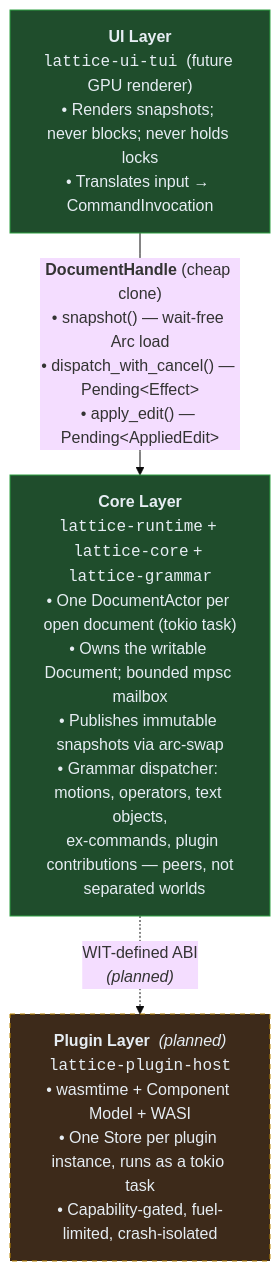
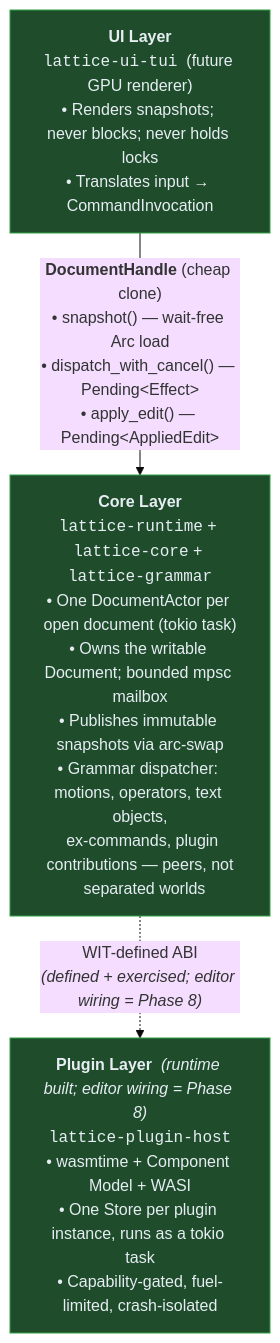
Before and after one commit to dhruvasagar/lattice: the diagram in README.md, drawn with Mermaid (base theme). The commit also changed other lines of this file and 7 other files, not shown here.

First line of the commit message:
docs: Phase 7 plugin-host documentation + Phase 8 framing

````diff
--- a/README.md
+++ b/README.md
@@ -179,16 +186,15 @@
 ```mermaid
 flowchart TD
 	UI["<b>UI Layer</b><br/><code>lattice-ui-tui</code> &nbsp;(future GPU renderer)<br/>• Renders snapshots; never blocks; never holds locks<br/>• Translates input → CommandInvocation"]
 
 	Core["<b>Core Layer</b><br/><code>lattice-runtime</code> + <code>lattice-core</code> + <code>lattice-grammar</code><br/>• One DocumentActor per open document (tokio task)<br/>• Owns the writable Document; bounded mpsc mailbox<br/>• Publishes immutable snapshots via arc-swap<br/>• Grammar dispatcher: motions, operators, text objects,<br/>&nbsp;&nbsp;ex-commands, plugin contributions — peers, not<br/>&nbsp;&nbsp;separated worlds"]
 
-	Plugin["<b>Plugin Layer</b> &nbsp;<i>(planned)</i><br/><code>lattice-plugin-host</code><br/>• wasmtime + Component Model + WASI<br/>• One Store per plugin instance, runs as a tokio task<br/>• Capability-gated, fuel-limited, crash-isolated"]
+	Plugin["<b>Plugin Layer</b> &nbsp;<i>(runtime built; editor wiring = Phase 8)</i><br/><code>lattice-plugin-host</code><br/>• wasmtime + Component Model + WASI<br/>• One Store per plugin instance, runs as a tokio task<br/>• Capability-gated, fuel-limited, crash-isolated"]
 
 	UI -->|"<b>DocumentHandle</b> (cheap clone)<br/>• snapshot() — wait-free Arc load<br/>• dispatch_with_cancel() — Pending&lt;Effect&gt;<br/>• apply_edit() — Pending&lt;AppliedEdit&gt;"| Core
-	Core -.->|"WIT-defined ABI<br/><i>(planned)</i>"| Plugin
+	Core -.->|"WIT-defined ABI<br/><i>(defined + exercised; editor wiring = Phase 8)</i>"| Plugin
 
 	classDef done fill:#1f4d2c,stroke:#2ea043,color:#e6edf3
 	classDef planned fill:#3d2a1a,stroke:#bf8700,color:#e6edf3,stroke-dasharray:5 5
-	class UI,Core done
-	class Plugin planned
+	class UI,Core,Plugin done
 ```
````
